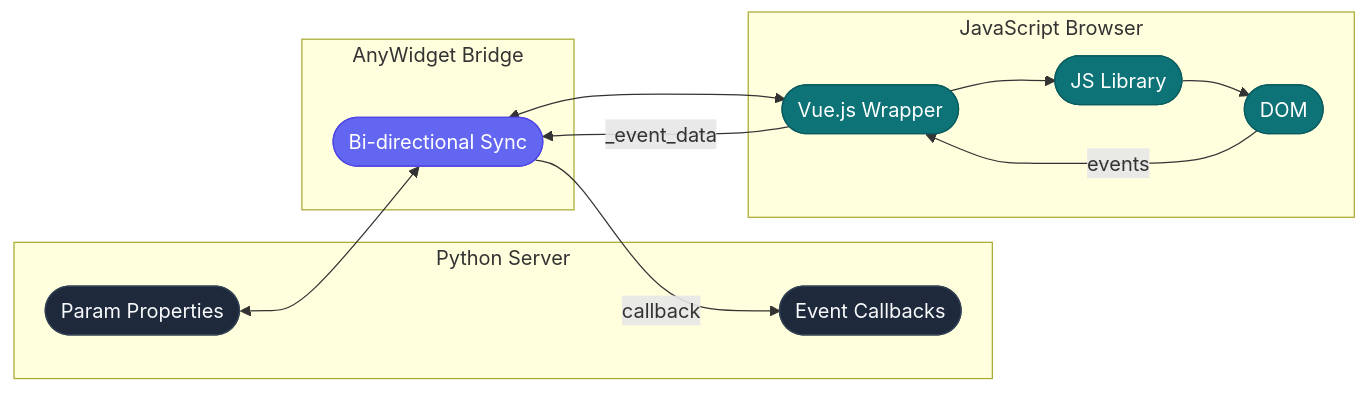
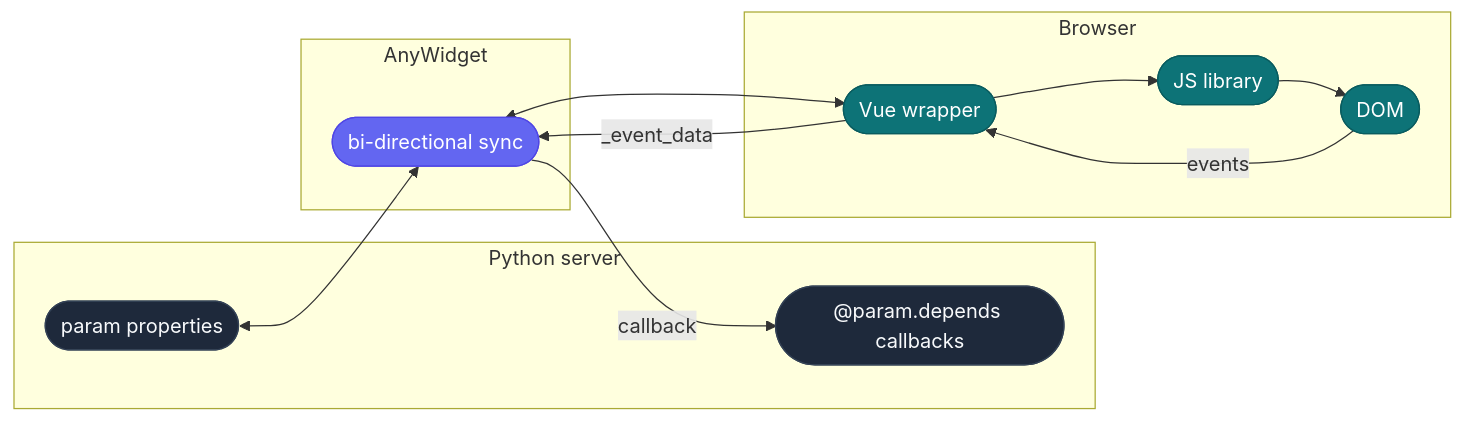
The third of 6 diagrams in docs/architecture.md (opensemanticworld/panelini), drawn with Mermaid before and after one commit. The commit also changed other lines of this file and 45 other files, not shown here.

````diff
--- a/docs/architecture.md
+++ b/docs/architecture.md
@@ -105,32 +115,31 @@
 ```{mermaid}
 graph LR
-    subgraph python [" Python Server "]
-        props(["Param Properties"])
-        callbacks(["Event Callbacks"])
+    subgraph python [" Python server "]
+        props(["param properties"])
+        callbacks(["@param.depends callbacks"])
     end
 
-    subgraph bridge [" AnyWidget Bridge "]
-        sync(["Bi-directional Sync"])
+    subgraph bridge [" AnyWidget "]
+        sync(["bi-directional sync"])
     end
 
-    subgraph browser [" JavaScript Browser "]
-        vue(["Vue.js Wrapper"])
-        lib(["JS Library"])
+    subgraph browser [" Browser "]
+        vue(["Vue wrapper"])
+        lib(["JS library"])
         dom(["DOM"])
     end
 
     props <--> sync
     sync <--> vue
     vue --> lib --> dom
-    dom -- "events" --> vue
+    dom -- events --> vue
     vue -- "_event_data" --> sync
-    sync -- "callback" --> callbacks
+    sync -- callback --> callbacks
 
-    classDef pyNode fill:#1e293b,stroke:#334155,color:#f8fafc
-    classDef bridgeNode fill:#6366f1,stroke:#4f46e5,color:#ffffff
-    classDef jsNode fill:#0d7377,stroke:#095c5f,color:#ffffff
-
-    class props,callbacks pyNode
-    class sync bridgeNode
-    class vue,lib,dom jsNode
+    classDef py fill:#1e293b,stroke:#334155,color:#f8fafc
+    classDef br fill:#6366f1,stroke:#4f46e5,color:#ffffff
+    classDef js fill:#0d7377,stroke:#095c5f,color:#ffffff
+    class props,callbacks py
+    class sync br
+    class vue,lib,dom js
 ```
````
